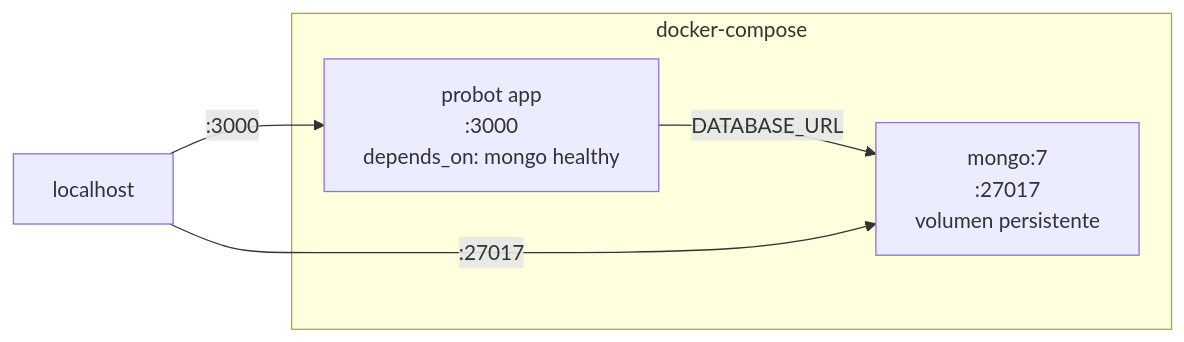
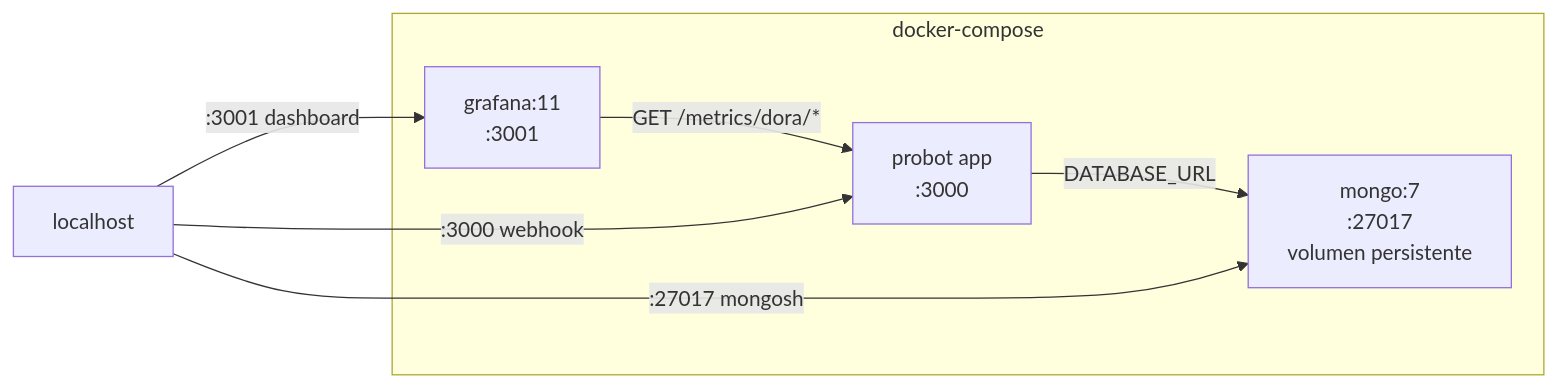
Before and after one commit to VanOps/git-bot: the fifth of 6 diagrams in README.md, drawn with Mermaid. The commit also changed other lines of this file and 7 other files, not shown here.

````diff
--- a/README.md
+++ b/README.md
@@ -299,10 +299,13 @@
 ```mermaid
 graph LR
     subgraph docker-compose
         M["mongo:7\n:27017\nvolumen persistente"]
-        P["probot app\n:3000\ndepends_on: mongo healthy"]
+        P["probot app\n:3000"]
+        G["grafana:11\n:3001"]
         P -- "DATABASE_URL" --> M
+        G -- "GET /metrics/dora/*" --> P
     end
-    HOST["localhost"] -- ":3000" --> P
-    HOST -- ":27017" --> M
+    HOST["localhost"] -- ":3000 webhook" --> P
+    HOST -- ":3001 dashboard" --> G
+    HOST -- ":27017 mongosh" --> M
 ```
````
